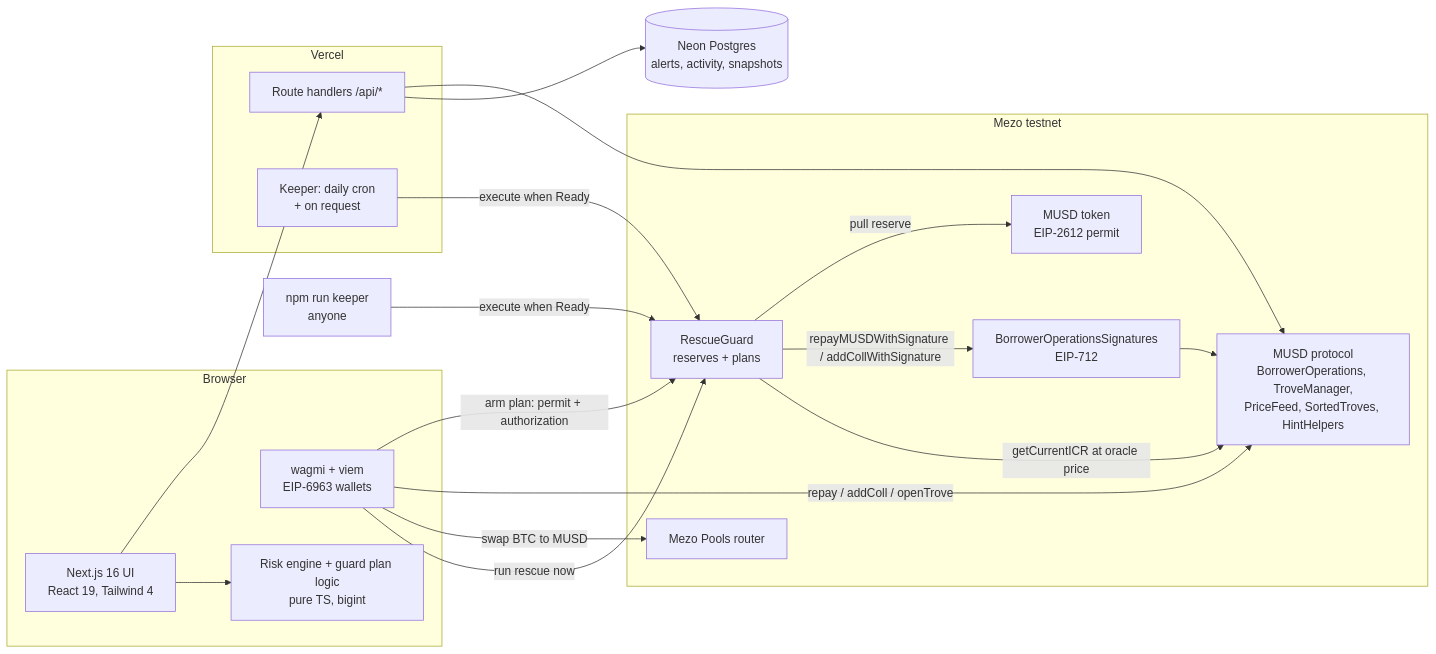
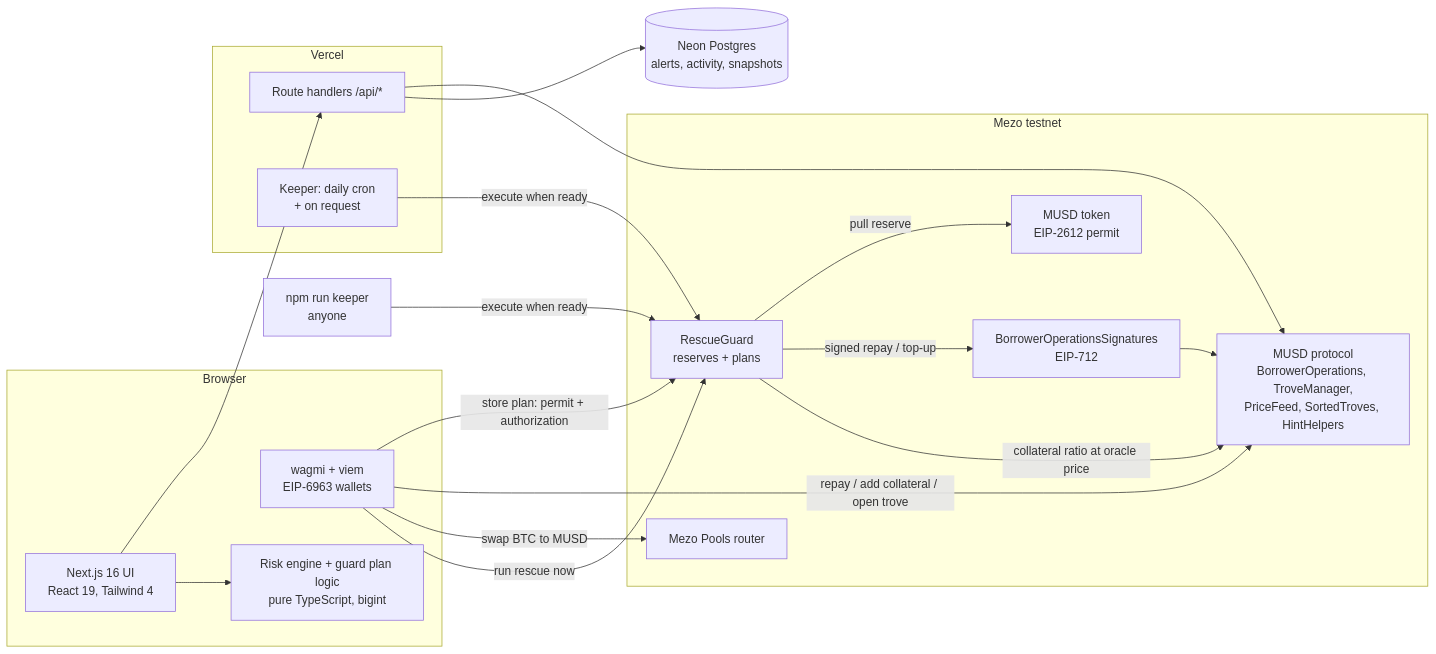
The diagram in README.md (peterspid/MUSD-Rescue), drawn with Mermaid before and after one commit. The commit also changed other lines of this file, not shown here.

````diff
--- a/README.md
+++ b/README.md
@@ -75,34 +85,34 @@
 ```mermaid
 flowchart LR
   subgraph Browser
     UI[Next.js 16 UI<br/>React 19, Tailwind 4]
     W[wagmi + viem<br/>EIP-6963 wallets]
-    RE[Risk engine + guard plan logic<br/>pure TS, bigint]
+    RE[Risk engine + guard plan logic<br/>pure TypeScript, bigint]
   end
   subgraph Vercel
     API[Route handlers /api/*]
     K[Keeper: daily cron<br/>+ on request]
   end
   subgraph Mezo testnet
     RG[RescueGuard<br/>reserves + plans]
     BOS[BorrowerOperationsSignatures<br/>EIP-712]
     MUSD[MUSD protocol<br/>BorrowerOperations, TroveManager,<br/>PriceFeed, SortedTroves, HintHelpers]
     POOLS[Mezo Pools router]
     TOKEN[MUSD token<br/>EIP-2612 permit]
   end
   DB[(Neon Postgres<br/>alerts, activity, snapshots)]
   KS[npm run keeper<br/>anyone]
 
   UI --> API --> MUSD
   UI --> RE
-  W -- arm plan: permit + authorization --> RG
-  W -- repay / addColl / openTrove --> MUSD
+  W -- store plan: permit + authorization --> RG
+  W -- repay / add collateral / open trove --> MUSD
   W -- swap BTC to MUSD --> POOLS
   RG -- pull reserve --> TOKEN
-  K -- execute when Ready --> RG
-  KS -- execute when Ready --> RG
+  K -- execute when ready --> RG
+  KS -- execute when ready --> RG
   W -- run rescue now --> RG
-  RG -- repayMUSDWithSignature / addCollWithSignature --> BOS --> MUSD
-  RG -- getCurrentICR at oracle price --> MUSD
+  RG -- signed repay / top-up --> BOS --> MUSD
+  RG -- collateral ratio at oracle price --> MUSD
   API --> DB
 ```
````
